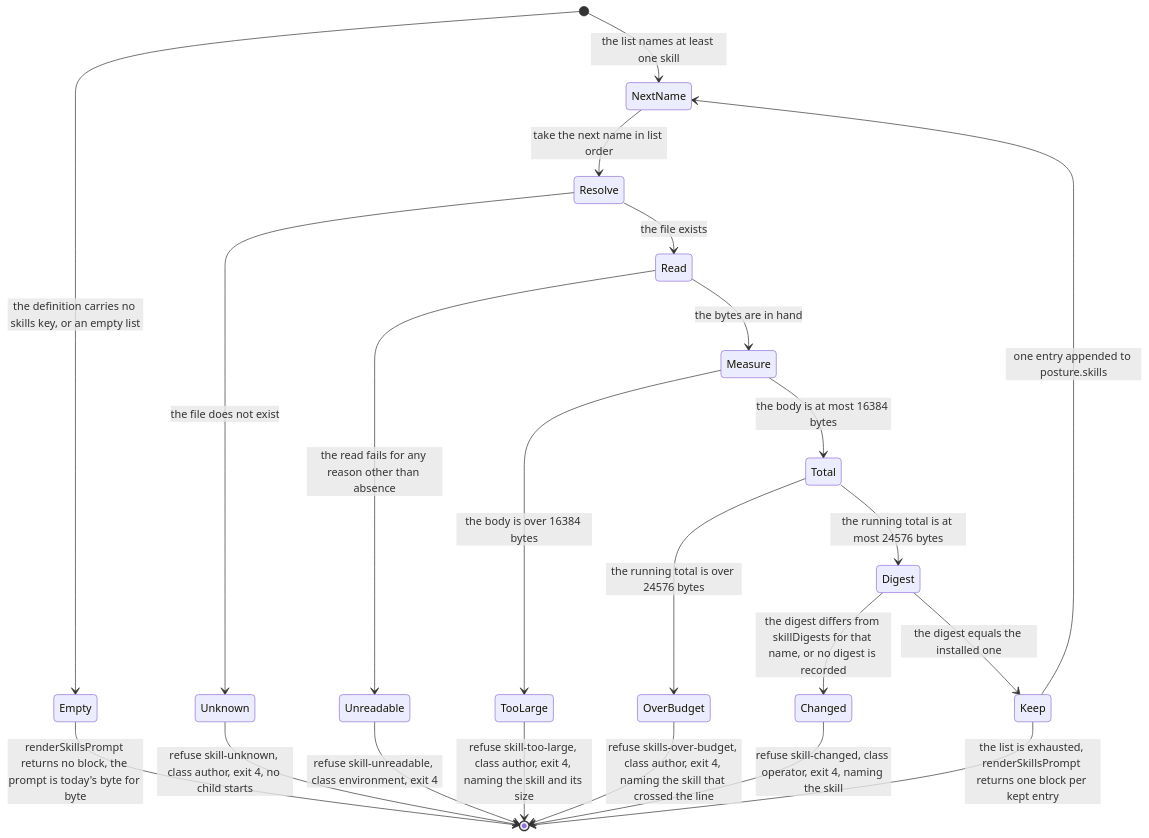
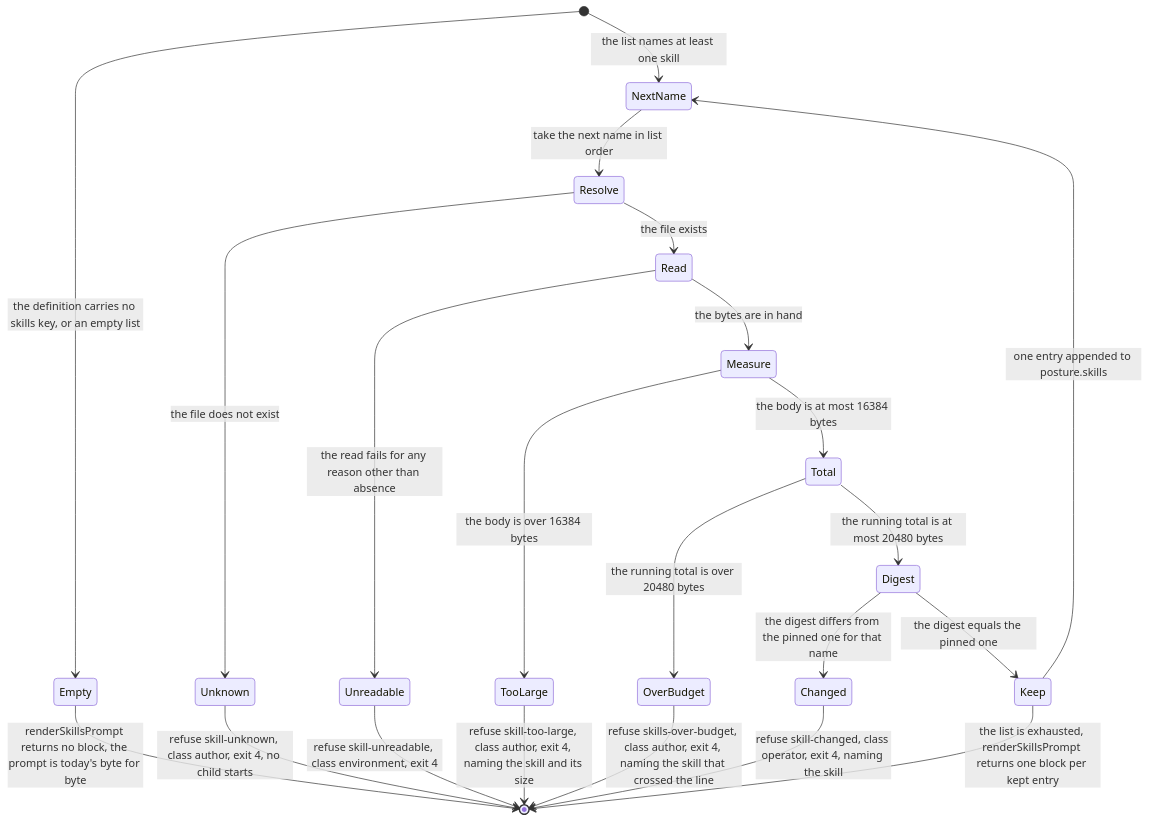
Before and after one commit to MichelKerkmeester/skilled-agent-harness_spec-driven-loops: the first of 3 diagrams in specs/system-skilled-bots/003-openbot-parity-build/009-skills/design/state-machines.md, drawn with Mermaid. The commit also changed other lines of this file and 91 other files, not shown here.

````diff
--- a/specs/system-skilled-bots/003-openbot-parity-build/009-skills/design/state-machines.md
+++ b/specs/system-skilled-bots/003-openbot-parity-build/009-skills/design/state-machines.md
@@ -25,30 +25,30 @@
 ```mermaid
 stateDiagram-v2
   [*] --> Empty: the definition carries no skills key, or an empty list
   Empty --> [*]: renderSkillsPrompt returns no block, the prompt is today's byte for byte
 
   [*] --> NextName: the list names at least one skill
   NextName --> Resolve: take the next name in list order
   Resolve --> Unknown: the file does not exist
   Unknown --> [*]: refuse skill-unknown, class author, exit 4, no child starts
 
   Resolve --> Read: the file exists
   Read --> Unreadable: the read fails for any reason other than absence
   Unreadable --> [*]: refuse skill-unreadable, class environment, exit 4
 
   Read --> Measure: the bytes are in hand
   Measure --> TooLarge: the body is over 16384 bytes
   TooLarge --> [*]: refuse skill-too-large, class author, exit 4, naming the skill and its size
 
   Measure --> Total: the body is at most 16384 bytes
-  Total --> OverBudget: the running total is over 24576 bytes
+  Total --> OverBudget: the running total is over 20480 bytes
   OverBudget --> [*]: refuse skills-over-budget, class author, exit 4, naming the skill that crossed the line
 
-  Total --> Digest: the running total is at most 24576 bytes
-  Digest --> Changed: the digest differs from skillDigests for that name, or no digest is recorded
+  Total --> Digest: the running total is at most 20480 bytes
+  Digest --> Changed: the digest differs from the pinned one for that name
   Changed --> [*]: refuse skill-changed, class operator, exit 4, naming the skill
 
-  Digest --> Keep: the digest equals the installed one
+  Digest --> Keep: the digest equals the pinned one
   Keep --> NextName: one entry appended to posture.skills
   Keep --> [*]: the list is exhausted, renderSkillsPrompt returns one block per kept entry
 ```
````
